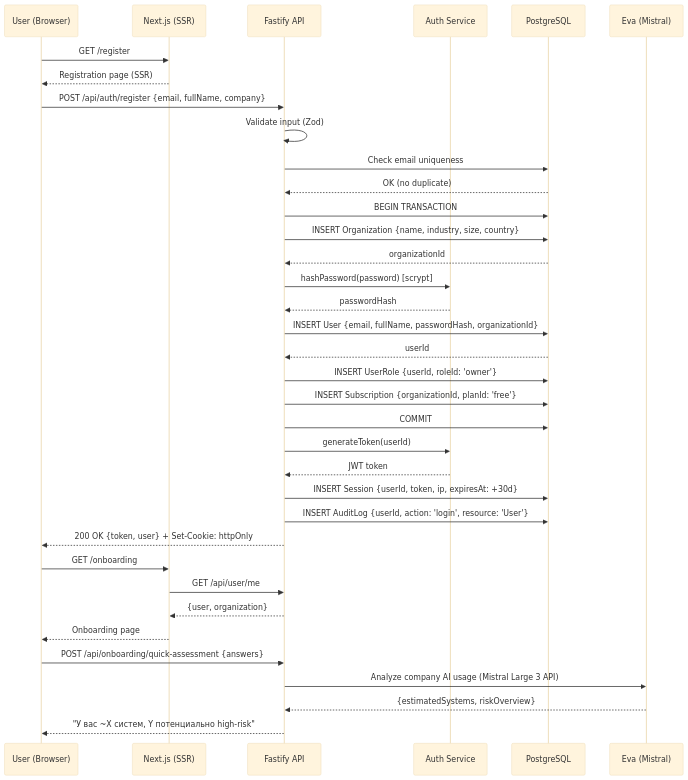
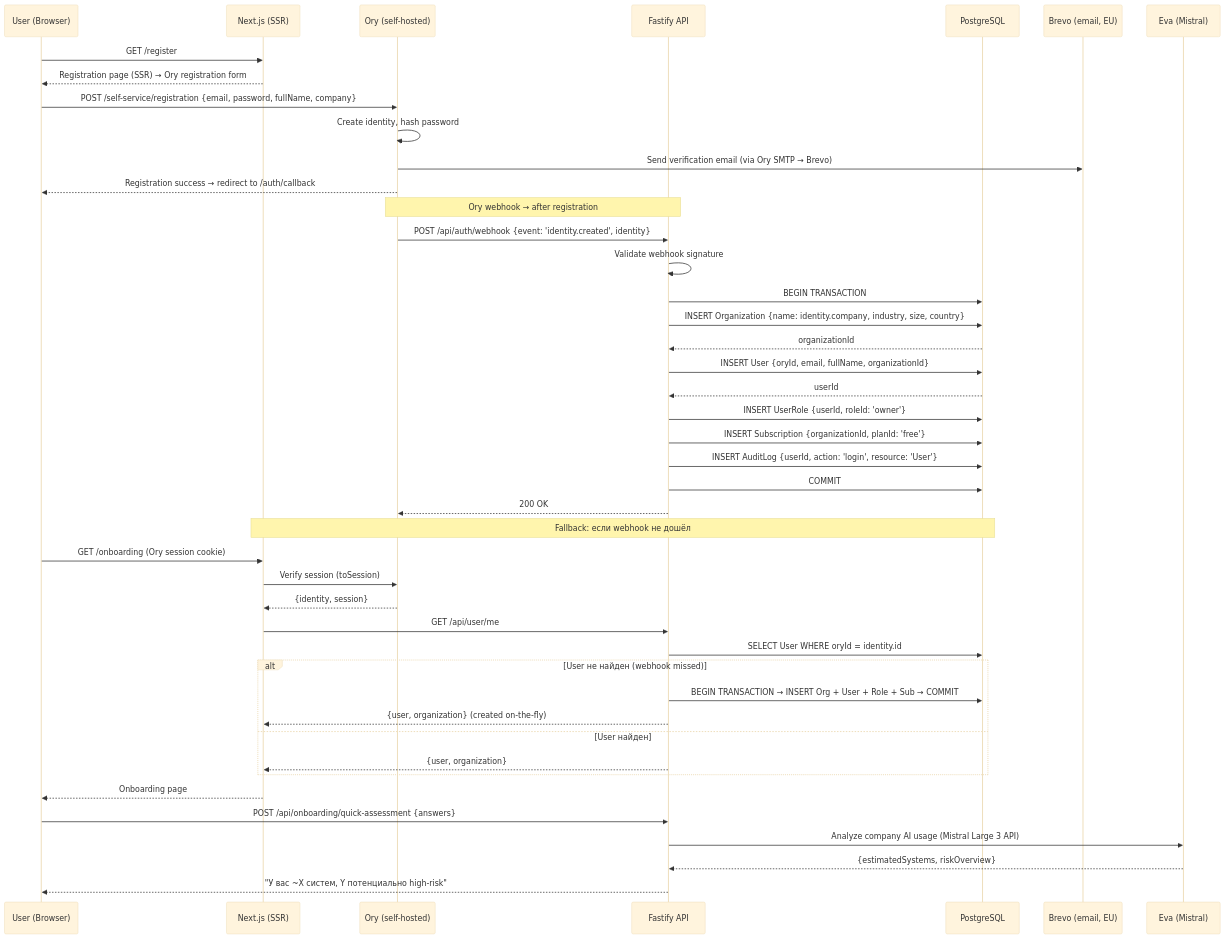
The first of 10 diagrams in docs/DATA-FLOWS.md (complior/complior), drawn with Mermaid (base theme) before and after one commit. The commit also changed other lines of this file and 10 other files, not shown here.

````diff
--- a/docs/DATA-FLOWS.md
+++ b/docs/DATA-FLOWS.md
@@ -13,45 +13,51 @@
 ```mermaid
 sequenceDiagram
     participant User as User (Browser)
     participant Next as Next.js (SSR)
+    participant Ory as Ory (self-hosted)
     participant API as Fastify API
-    participant Auth as Auth Service
     participant DB as PostgreSQL
+    participant Brevo as Brevo (email, EU)
     participant Eva as Eva (Mistral)
 
     User->>Next: GET /register
-    Next-->>User: Registration page (SSR)
+    Next-->>User: Registration page (SSR) → Ory registration form
 
-    User->>API: POST /api/auth/register {email, fullName, company}
-    API->>API: Validate input (Zod)
-    API->>DB: Check email uniqueness
-    DB-->>API: OK (no duplicate)
+    User->>Ory: POST /self-service/registration {email, password, fullName, company}
+    Ory->>Ory: Create identity, hash password
+    Ory->>Brevo: Send verification email (via Ory SMTP → Brevo)
+    Ory-->>User: Registration success → redirect to /auth/callback
 
+    Note over Ory,API: Ory webhook → after registration
+    Ory->>API: POST /api/auth/webhook {event: 'identity.created', identity}
+    API->>API: Validate webhook signature
     API->>DB: BEGIN TRANSACTION
-    API->>DB: INSERT Organization {name, industry, size, country}
+    API->>DB: INSERT Organization {name: identity.company, industry, size, country}
     DB-->>API: organizationId
-    API->>Auth: hashPassword(password) [scrypt]
-    Auth-->>API: passwordHash
-    API->>DB: INSERT User {email, fullName, passwordHash, organizationId}
+    API->>DB: INSERT User {oryId, email, fullName, organizationId}
     DB-->>API: userId
     API->>DB: INSERT UserRole {userId, roleId: 'owner'}
     API->>DB: INSERT Subscription {organizationId, planId: 'free'}
+    API->>DB: INSERT AuditLog {userId, action: 'login', resource: 'User'}
     API->>DB: COMMIT
+    API-->>Ory: 200 OK
 
-    API->>Auth: generateToken(userId)
-    Auth-->>API: JWT token
-    API->>DB: INSERT Session {userId, token, ip, expiresAt: +30d}
-    API->>DB: INSERT AuditLog {userId, action: 'login', resource: 'User'}
-
-    API-->>User: 200 OK {token, user} + Set-Cookie: httpOnly
-
-    User->>Next: GET /onboarding
+    Note over Next,DB: Fallback: если webhook не дошёл
+    User->>Next: GET /onboarding (Ory session cookie)
+    Next->>Ory: Verify session (toSession)
+    Ory-->>Next: {identity, session}
     Next->>API: GET /api/user/me
-    API-->>Next: {user, organization}
+    API->>DB: SELECT User WHERE oryId = identity.id
+    alt User не найден (webhook missed)
+        API->>DB: BEGIN TRANSACTION → INSERT Org + User + Role + Sub → COMMIT
+        API-->>Next: {user, organization} (created on-the-fly)
+    else User найден
+        API-->>Next: {user, organization}
+    end
     Next-->>User: Onboarding page
 
     User->>API: POST /api/onboarding/quick-assessment {answers}
     API->>Eva: Analyze company AI usage (Mistral Large 3 API)
     Eva-->>API: {estimatedSystems, riskOverview}
     API-->>User: "У вас ~X систем, Y потенциально high-risk"
 ```
````
